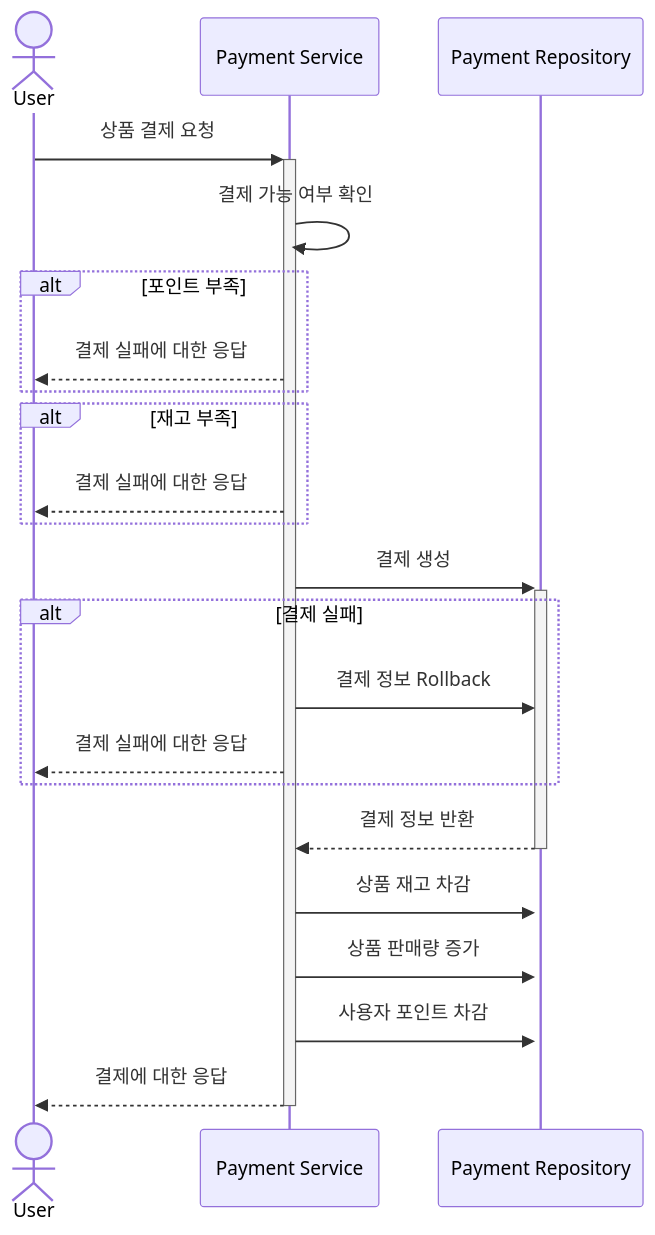
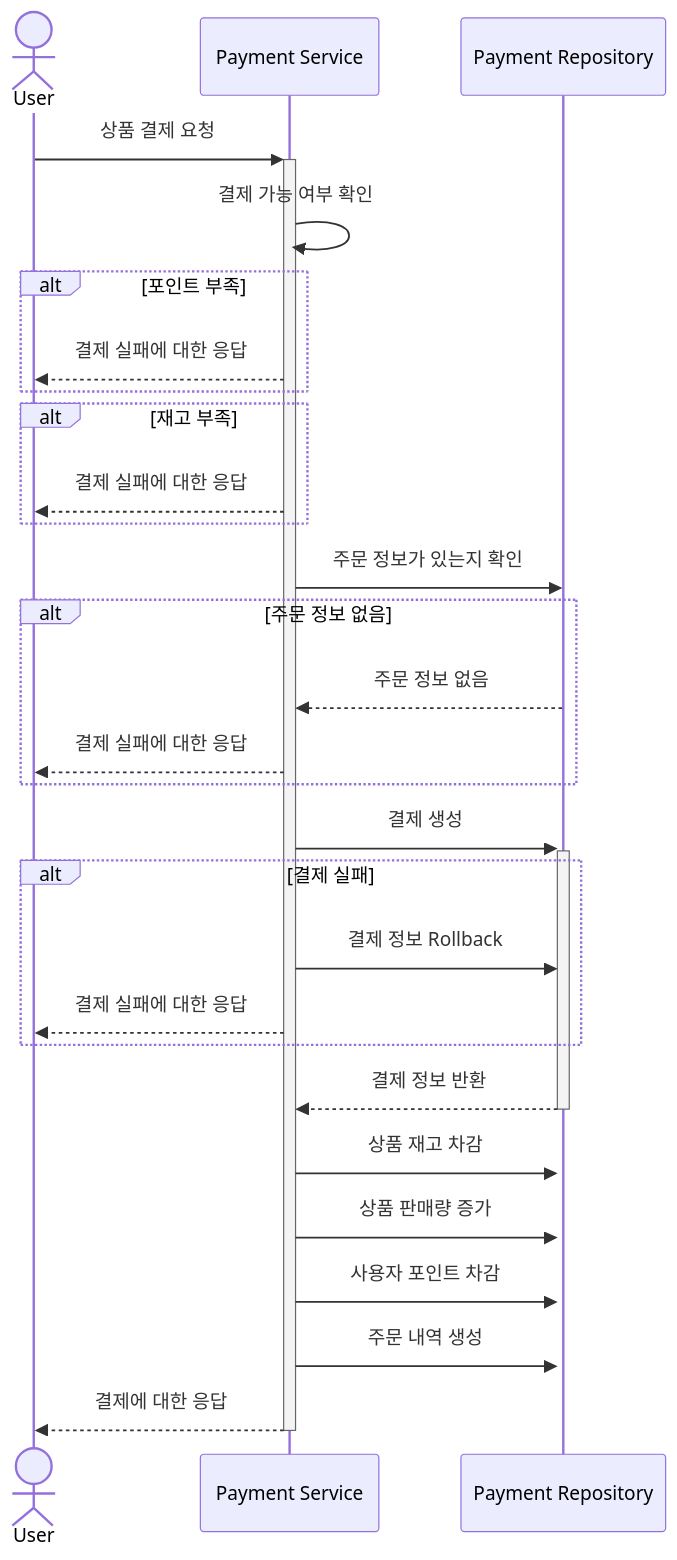
Before and after one commit to kiyoung92/nestjs-Infrastructure-report: the fifth of 6 diagrams in README.md, drawn with Mermaid. The commit also changed other lines of this file and 1 other file, not shown here.

First line of the commit message:
ERDiagram 추가, Sequence Diagram 수정 (#16)

````diff
--- a/README.md
+++ b/README.md
@@ -120,24 +120,32 @@
 ```mermaid
 sequenceDiagram
 
   actor User
 
   User ->>+ Payment Service: 상품 결제 요청
   Payment Service ->> Payment Service: 결제 가능 여부 확인
   alt 포인트 부족
     Payment Service -->> User: 결제 실패에 대한 응답
   end
   alt 재고 부족
     Payment Service -->> User: 결제 실패에 대한 응답
   end
+  Payment Service ->> Payment Repository: 주문 정보가 있는지 확인
+
+  alt 주문 정보 없음
+    Payment Repository -->> Payment Service: 주문 정보 없음
+    Payment Service -->> User: 결제 실패에 대한 응답
+  end
+
   Payment Service ->>+ Payment Repository: 결제 생성
   alt 결제 실패
     Payment Service ->> Payment Repository: 결제 정보 Rollback
     Payment Service -->> User: 결제 실패에 대한 응답
   end
   Payment Repository -->>- Payment Service: 결제 정보 반환
   Payment Service ->>+ Payment Repository: 상품 재고 차감
   Payment Service ->>+ Payment Repository: 상품 판매량 증가
   Payment Service ->>+ Payment Repository: 사용자 포인트 차감
+  Payment Service ->>+ Payment Repository: 주문 내역 생성
   Payment Service -->>- User: 결제에 대한 응답
 ```
````
